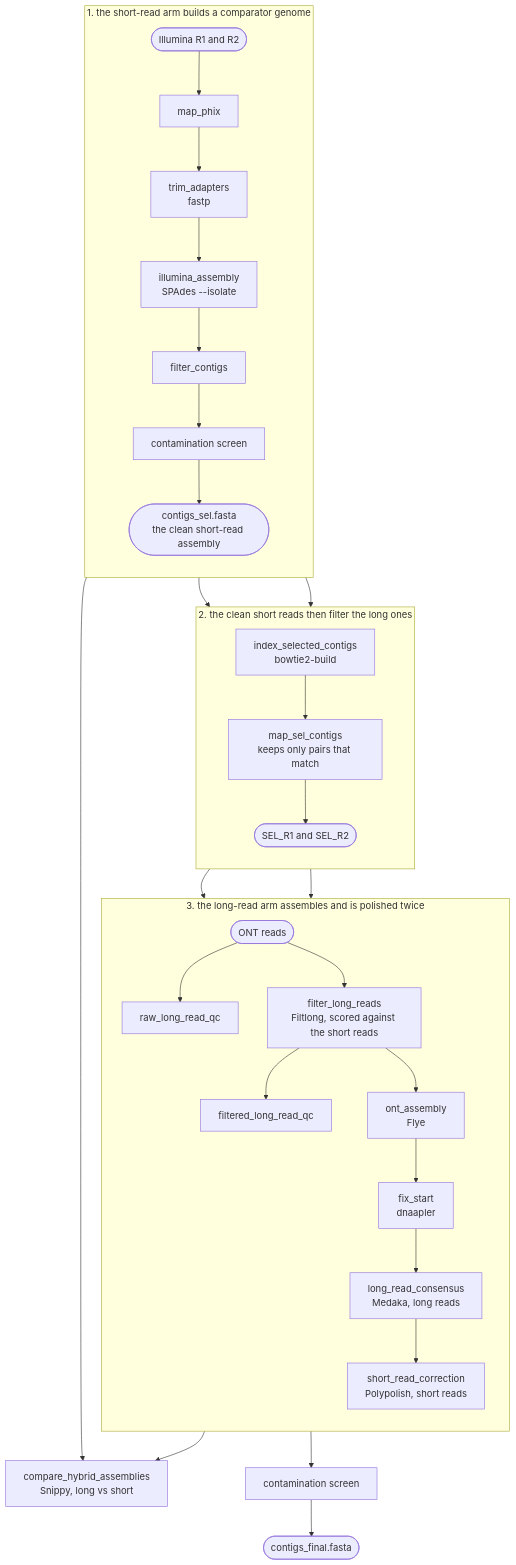
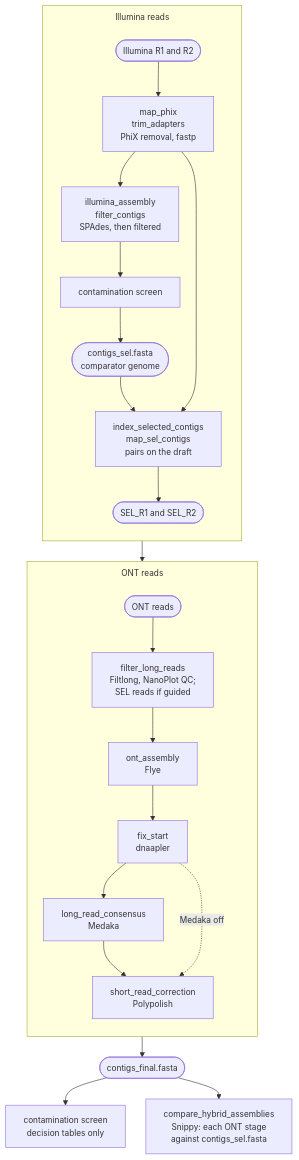
Before and after one commit to iLivius/BacFlux: the diagram in docs/modes/hybrid.md, drawn with Mermaid. The commit also changed other lines of this file and 43 other files, not shown here.

````diff
--- a/docs/modes/hybrid.md
+++ b/docs/modes/hybrid.md
@@ -12,49 +13,43 @@
 ```mermaid
+---
+config:
+  themeVariables:
+    fontSize: 14px
+  flowchart:
+    nodeSpacing: 35
+    rankSpacing: 35
+    subGraphTitleMargin:
+      top: 8
+      bottom: 20
+---
 flowchart TD
-    subgraph SR["1. the short-read arm builds a comparator genome"]
+    subgraph SR["Illumina reads"]
         direction TB
         IR([Illumina R1 and R2])
-        PX[map_phix] --> TR[trim_adapters<br/>fastp]
-        IR --> PX
-        TR --> SA[illumina_assembly<br/>SPAdes --isolate]
-        SA --> SF[filter_contigs]
-        SF --> SSC[contamination screen]
-        SSC --> SEL([contigs_sel.fasta<br/>the clean short-read assembly])
+        TR[map_phix<br/>trim_adapters<br/>PhiX removal, fastp]
+        SA[illumina_assembly<br/>filter_contigs<br/>SPAdes, then filtered]
+        SSC[contamination screen]
+        SEL([contigs_sel.fasta<br/>comparator genome])
+        MSC[index_selected_contigs<br/>map_sel_contigs<br/>pairs on the draft]
+        SELR([SEL_R1 and SEL_R2])
+        IR --> TR --> SA --> SSC --> SEL --> MSC --> SELR
+        TR --> MSC
     end
 
-    subgraph LR2["2. the clean short reads then filter the long ones"]
-        direction TB
-        IDX[index_selected_contigs<br/>bowtie2-build]
-        MSC[map_sel_contigs<br/>keeps only pairs that match]
-        SELR([SEL_R1 and SEL_R2])
-        IDX --> MSC --> SELR
-    end
-    SEL --> IDX
-    TR --> MSC
-
-    subgraph LA["3. the long-read arm assembles and is polished twice"]
+    subgraph LA["ONT reads"]
         direction TB
         OR([ONT reads])
-        Q1[raw_long_read_qc]
-        FL[filter_long_reads<br/>Filtlong, scored against the short reads]
-        Q2[filtered_long_read_qc]
+        FL[filter_long_reads<br/>Filtlong, NanoPlot QC;<br/>SEL reads if guided]
         ASM[ont_assembly<br/>Flye]
         FIX[fix_start<br/>dnaapler]
-        MED[long_read_consensus<br/>Medaka, long reads]
-        POL[short_read_correction<br/>Polypolish, short reads]
-
-        OR --> Q1
-        OR --> FL --> Q2
-        FL --> ASM --> FIX --> MED --> POL
+        MED[long_read_consensus<br/>Medaka]
+        POL[short_read_correction<br/>Polypolish]
+        OR --> FL --> ASM --> FIX --> MED --> POL
+        FIX -.->|Medaka off| POL
     end
-    SELR --> FL
     SELR --> POL
 
-    CMP[compare_hybrid_assemblies<br/>Snippy, long vs short]
-    POL --> CMP
-    SEL --> CMP
-
-    FSC[contamination screen]
-    OUT([contigs_final.fasta])
-    POL --> FSC --> OUT
+    POL --> OUT([contigs_final.fasta])
+    OUT --> FSC[contamination screen<br/>decision tables only]
+    OUT --> CMP[compare_hybrid_assemblies<br/>Snippy: each ONT stage<br/>against contigs_sel.fasta]
 ```
````
